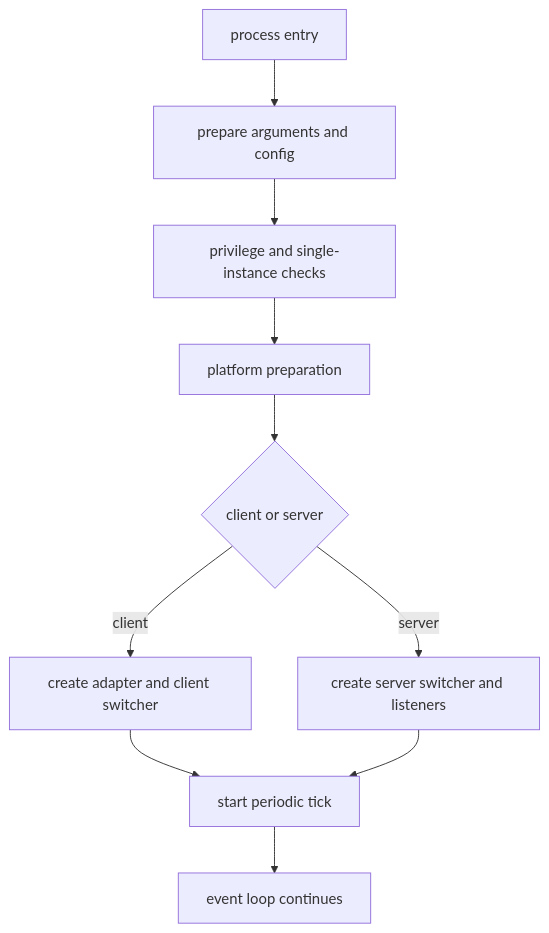
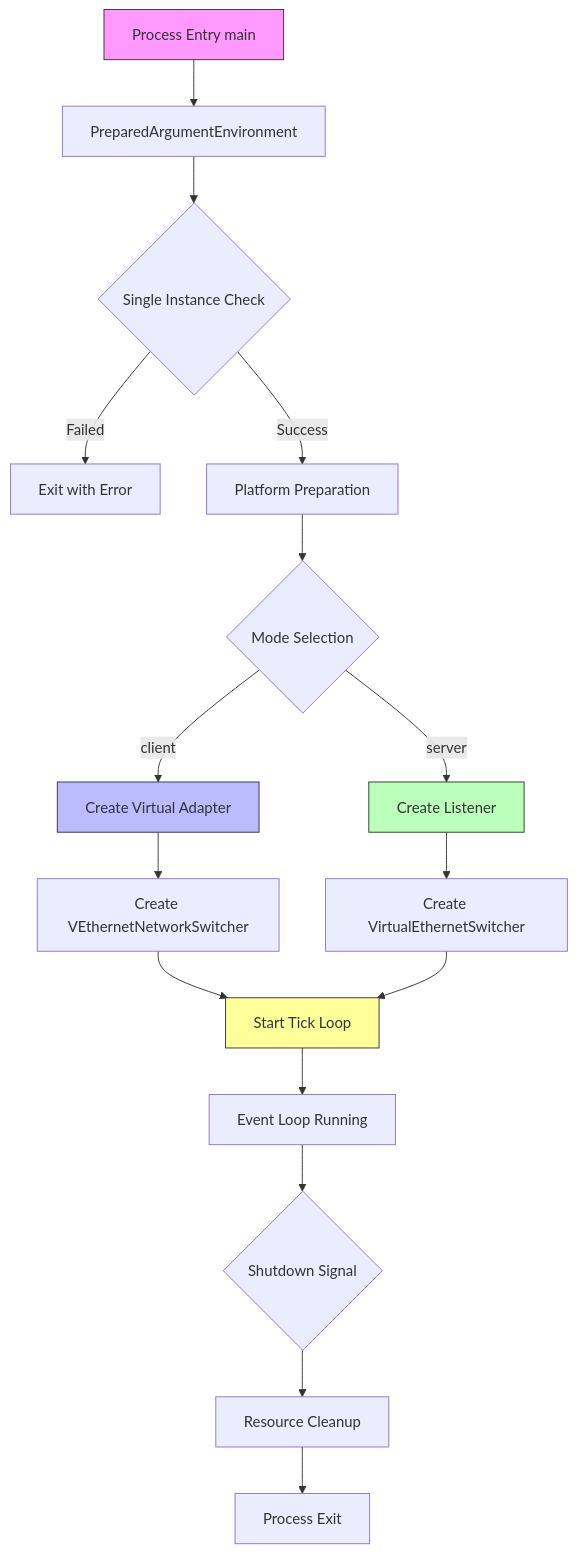
One commit to HyacinthHaru/openppp2 changed the second of 7 diagrams in docs/STARTUP_AND_LIFECYCLE.md. Above: the diagram before and after it, drawn with Mermaid. The commit also changed other lines of this file and 31 other files, not shown here.

````diff
--- a/docs/STARTUP_AND_LIFECYCLE.md
+++ b/docs/STARTUP_AND_LIFECYCLE.md
@@ -54,12 +98,23 @@
 ```mermaid
 flowchart TD
-    A[process entry] --> B[prepare arguments and config]
-    B --> C[privilege and single-instance checks]
-    C --> D[platform preparation]
-    D --> E{client or server}
-    E -->|client| F[create adapter and client switcher]
-    E -->|server| G[create server switcher and listeners]
-    F --> H[start periodic tick]
-    G --> H
-    H --> I[event loop continues]
+    A[Process Entry main] --> B[PreparedArgumentEnvironment]
+    B --> C{Single Instance Check}
+    C -->|Failed| D[Exit with Error]
+    C -->|Success| E[Platform Preparation]
+    E --> F{Mode Selection}
+    F -->|client| G[Create Virtual Adapter]
+    F -->|server| H[Create Listener]
+    G --> I[Create VEthernetNetworkSwitcher]
+    H --> J[Create VirtualEthernetSwitcher]
+    I --> K[Start Tick Loop]
+    J --> K
+    K --> L[Event Loop Running]
+    L --> M{Shutdown Signal}
+    M --> N[Resource Cleanup]
+    N --> O[Process Exit]
+    
+    style A fill:#f9f,stroke:#333
+    style G fill:#bbf,stroke:#333
+    style H fill:#bfb,stroke:#333
+    style K fill:#ff9,stroke:#333
 ```
````
